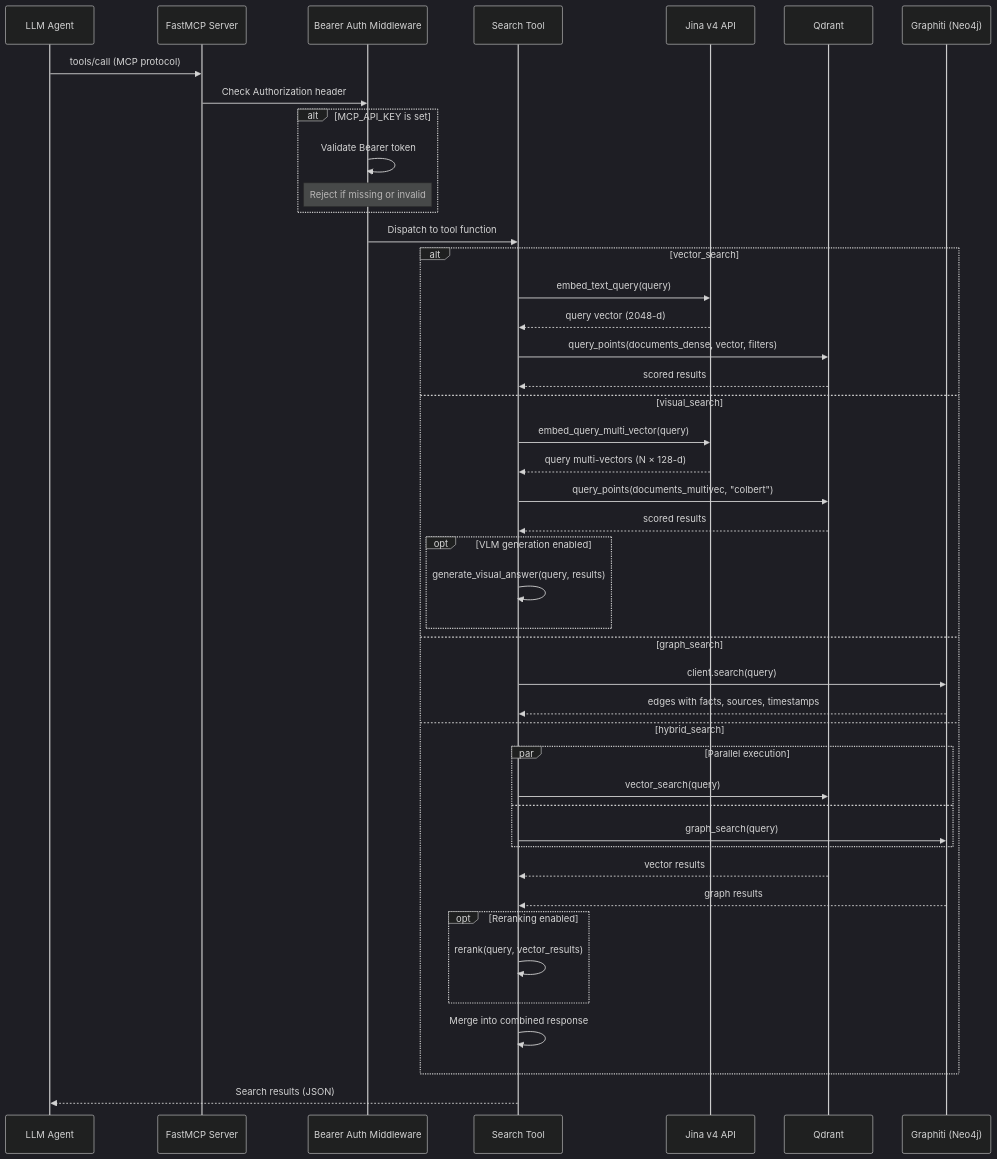
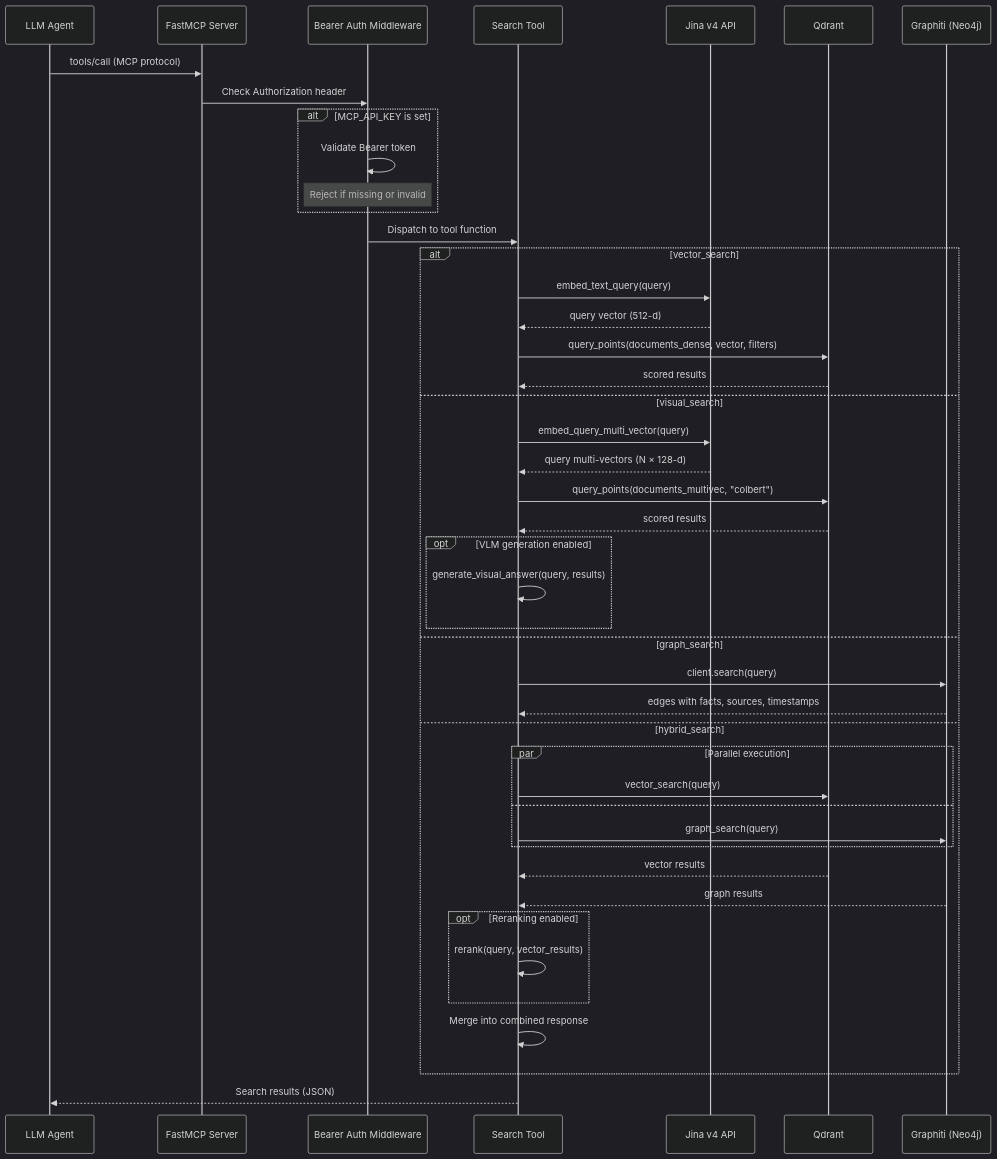
Before and after one commit to dollro/spektr: the second of 3 diagrams in docs/architecture/data-flow.md, drawn with Mermaid (dark theme). The commit also changed other lines of this file and 14 other files, not shown here.

First line of the commit message:
docs: update architecture docs, config, and CLAUDE.md

````diff
--- a/docs/architecture/data-flow.md
+++ b/docs/architecture/data-flow.md
@@ -77,50 +89,50 @@
 ```mermaid
 sequenceDiagram
     participant Agent as LLM Agent
     participant MCP as FastMCP Server
     participant Auth as Bearer Auth Middleware
     participant Tool as Search Tool
     participant Jina as Jina v4 API
     participant QD as Qdrant
     participant Gr as Graphiti (Neo4j)
 
     Agent->>MCP: tools/call (MCP protocol)
     MCP->>Auth: Check Authorization header
     alt MCP_API_KEY is set
         Auth->>Auth: Validate Bearer token
         Note over Auth: Reject if missing or invalid
     end
     Auth->>Tool: Dispatch to tool function
 
     alt vector_search
         Tool->>Jina: embed_text_query(query)
-        Jina-->>Tool: query vector (2048-d)
+        Jina-->>Tool: query vector (512-d)
         Tool->>QD: query_points(documents_dense, vector, filters)
         QD-->>Tool: scored results
     else visual_search
         Tool->>Jina: embed_query_multi_vector(query)
         Jina-->>Tool: query multi-vectors (N × 128-d)
         Tool->>QD: query_points(documents_multivec, "colbert")
         QD-->>Tool: scored results
         opt VLM generation enabled
             Tool->>Tool: generate_visual_answer(query, results)
         end
     else graph_search
         Tool->>Gr: client.search(query)
         Gr-->>Tool: edges with facts, sources, timestamps
     else hybrid_search
         par Parallel execution
             Tool->>QD: vector_search(query)
         and
             Tool->>Gr: graph_search(query)
         end
         QD-->>Tool: vector results
         Gr-->>Tool: graph results
         opt Reranking enabled
             Tool->>Tool: rerank(query, vector_results)
         end
         Tool->>Tool: Merge into combined response
     end
 
     Tool-->>Agent: Search results (JSON)
 ```
````
